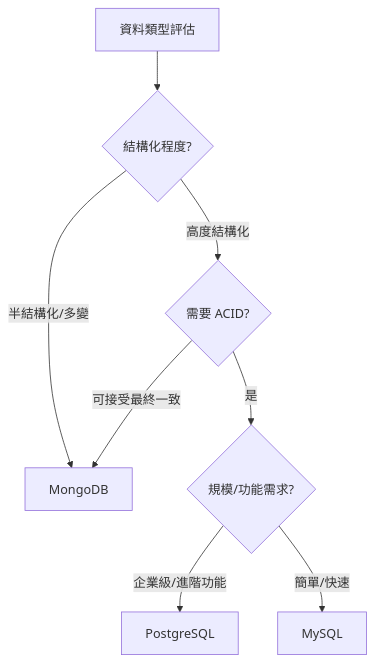
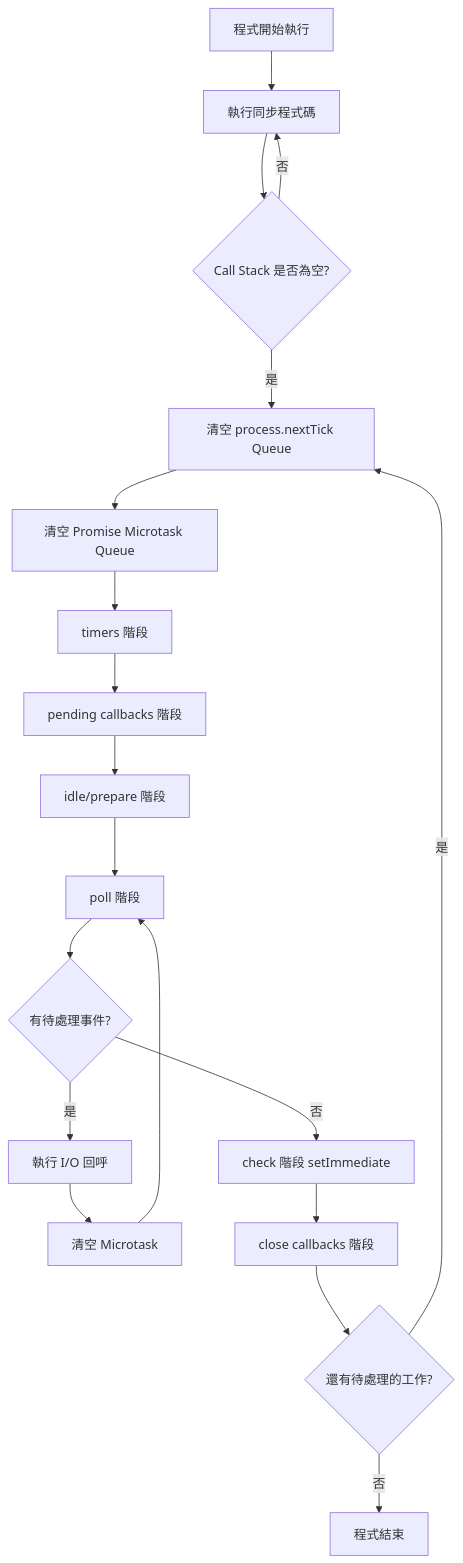
Before and after one commit to chihhung/Blog: diagram 12 of 30 in content/posts/教學/framework/Node.js生態系教學手冊.md, drawn with Mermaid. The commit also changed other lines of this file, not shown here.

````diff
--- a/content/posts/教學/framework/Node.js生態系教學手冊.md
+++ b/content/posts/教學/framework/Node.js生態系教學手冊.md
@@ -2167,12 +3258,21 @@
 ```mermaid
-graph TD
-    A[資料類型評估] --> B{結構化程度?}
-    B -->|高度結構化| C{需要 ACID?}
-    B -->|半結構化/多變| D[MongoDB]
-    
-    C -->|是| E{規模/功能需求?}
-    C -->|可接受最終一致| D
-    
-    E -->|企業級/進階功能| F[PostgreSQL]
-    E -->|簡單/快速| G[MySQL]
+flowchart TD
+    A[程式開始執行] --> B[執行同步程式碼]
+    B --> C{Call Stack 是否為空?}
+    C -->|否| B
+    C -->|是| D[清空 process.nextTick Queue]
+    D --> E[清空 Promise Microtask Queue]
+    E --> F[timers 階段]
+    F --> G[pending callbacks 階段]
+    G --> H[idle/prepare 階段]
+    H --> I[poll 階段]
+    I --> J{有待處理事件?}
+    J -->|是| K[執行 I/O 回呼]
+    K --> L[清空 Microtask]
+    L --> I
+    J -->|否| M[check 階段 setImmediate]
+    M --> N[close callbacks 階段]
+    N --> O{還有待處理的工作?}
+    O -->|是| D
+    O -->|否| P[程式結束]
 ```
````
